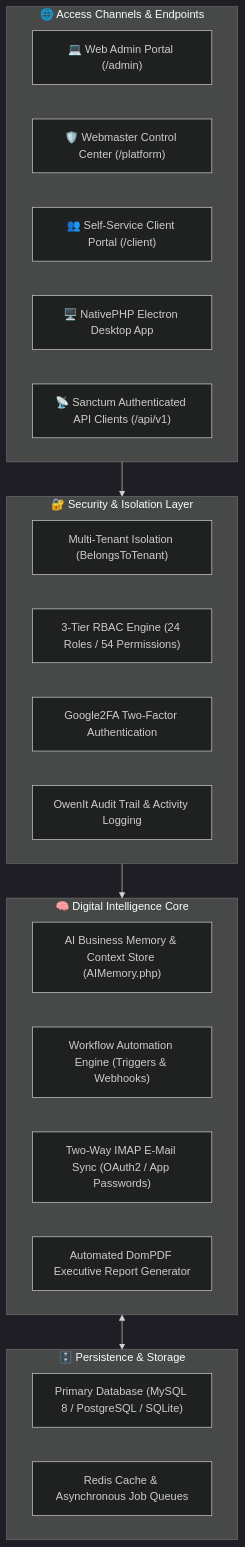
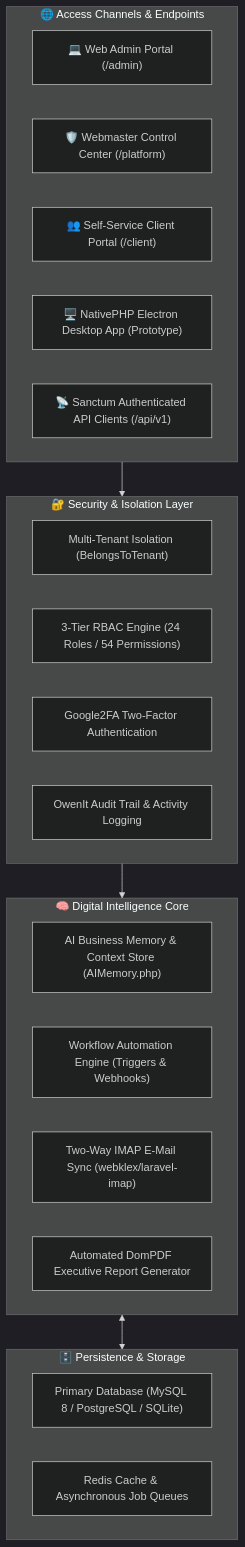
The diagram in README.md (adacreativeco/NexusADA), drawn with Mermaid (dark theme) before and after one commit. The commit also changed other lines of this file and 1 other file, not shown here.

Commit message:
docs: highlight prototype disclaimer and add feature readiness matrix

````diff
--- a/README.md
+++ b/README.md
@@ -57,33 +84,33 @@
 ```mermaid
 flowchart TD
     subgraph ClientAccess["🌐 Access Channels & Endpoints"]
         WebAdmin["💻 Web Admin Portal (/admin)"]
         Webmaster["🛡️ Webmaster Control Center (/platform)"]
         ClientPortal["👥 Self-Service Client Portal (/client)"]
-        DesktopApp["🖥️ NativePHP Electron Desktop App"]
+        DesktopApp["🖥️ NativePHP Electron Desktop App (Prototype)"]
         RESTClients["📡 Sanctum Authenticated API Clients (/api/v1)"]
     end
 
     subgraph SecurityLayer["🔐 Security & Isolation Layer"]
         TenantScope["Multi-Tenant Isolation (BelongsToTenant)"]
         RBAC["3-Tier RBAC Engine (24 Roles / 54 Permissions)"]
         TwoFactor["Google2FA Two-Factor Authentication"]
         AuditTrail["OwenIt Audit Trail & Activity Logging"]
     end
 
     subgraph CoreServices["🧠 Digital Intelligence Core"]
         AIMemory["AI Business Memory & Context Store (AIMemory.php)"]
         Automation["Workflow Automation Engine (Triggers & Webhooks)"]
-        ImapSync["Two-Way IMAP E-Mail Sync (OAuth2 / App Passwords)"]
+        ImapSync["Two-Way IMAP E-Mail Sync (webklex/laravel-imap)"]
         PdfEngine["Automated DomPDF Executive Report Generator"]
     end
 
     subgraph DataLayer["🗄️ Persistence & Storage"]
         MySQL["Primary Database (MySQL 8 / PostgreSQL / SQLite)"]
         Redis["Redis Cache & Asynchronous Job Queues"]
     end
 
     ClientAccess --> SecurityLayer
     SecurityLayer --> CoreServices
     CoreServices <--> DataLayer
 ```
````
